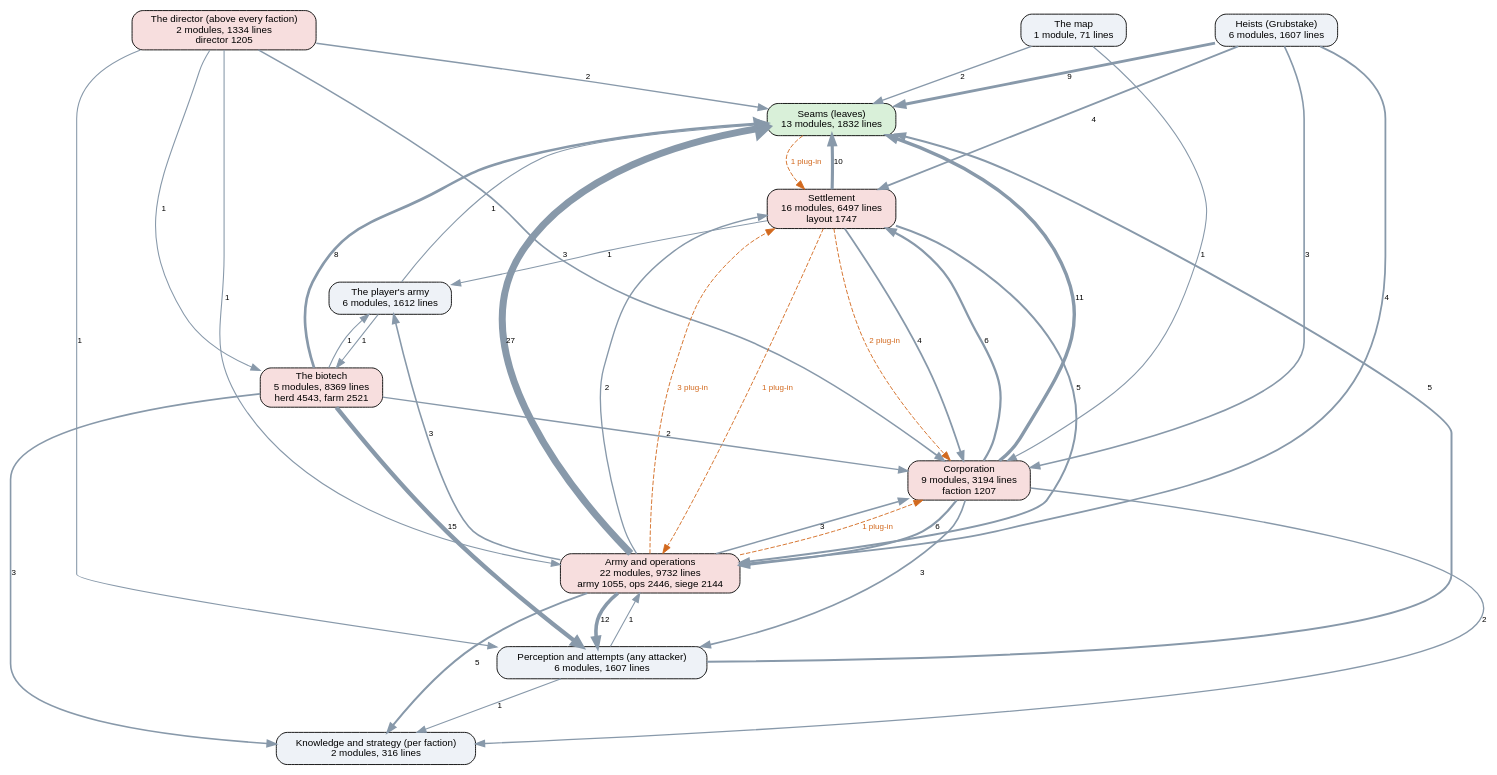
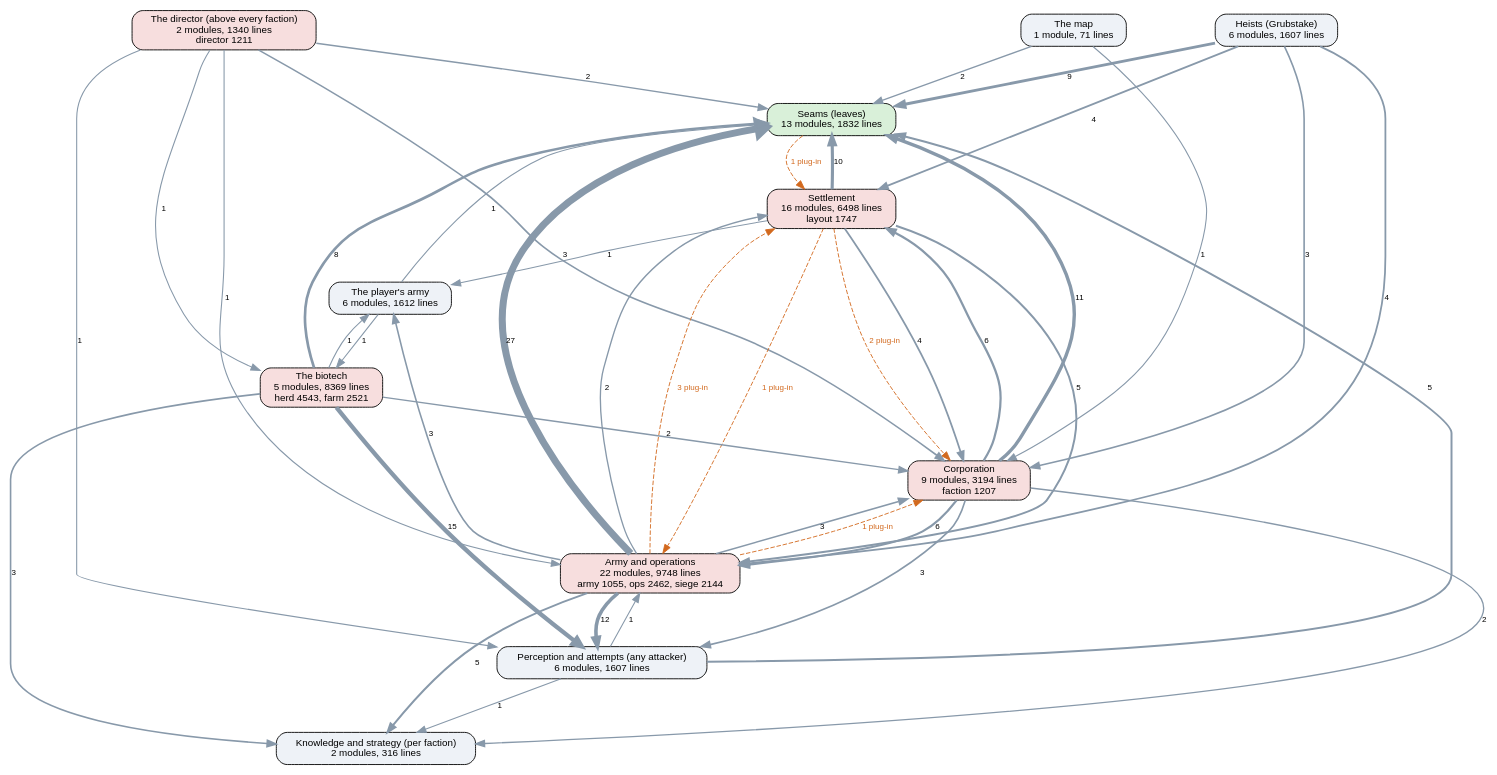
Before and after one commit to kinelhu/landing-party: the diagram in docs/ai-layers.dot, drawn with Graphviz. The commit also changed 12 other files, not shown here.

```diff
--- a/docs/ai-layers.dot
+++ b/docs/ai-layers.dot
@@ -1,57 +1,57 @@
 digraph layers {
   graph [rankdir=TB, fontname="Helvetica", nodesep=0.5, ranksep=0.7];
   node [shape=box, style="rounded,filled", fontname="Helvetica", fontsize=11, fillcolor="#eef2f7"];
   edge [color="#8899aa", fontname="Helvetica", fontsize=9];
   "Seams (leaves)" [label="Seams (leaves)\n13 modules, 1832 lines", fillcolor="#d9f0d9"];
   "Perception and attempts (any attacker)" [label="Perception and attempts (any attacker)\n6 modules, 1607 lines", fillcolor="#eef2f7"];
   "Knowledge and strategy (per faction)" [label="Knowledge and strategy (per faction)\n2 modules, 316 lines", fillcolor="#eef2f7"];
-  "The director (above every faction)" [label="The director (above every faction)\n2 modules, 1334 lines\ndirector 1205", fillcolor="#f7dede"];
+  "The director (above every faction)" [label="The director (above every faction)\n2 modules, 1340 lines\ndirector 1211", fillcolor="#f7dede"];
   "Corporation" [label="Corporation\n9 modules, 3194 lines\nfaction 1207", fillcolor="#f7dede"];
-  "Settlement" [label="Settlement\n16 modules, 6497 lines\nlayout 1747", fillcolor="#f7dede"];
-  "Army and operations" [label="Army and operations\n22 modules, 9732 lines\narmy 1055, ops 2446, siege 2144", fillcolor="#f7dede"];
+  "Settlement" [label="Settlement\n16 modules, 6498 lines\nlayout 1747", fillcolor="#f7dede"];
+  "Army and operations" [label="Army and operations\n22 modules, 9748 lines\narmy 1055, ops 2462, siege 2144", fillcolor="#f7dede"];
   "Heists (Grubstake)" [label="Heists (Grubstake)\n6 modules, 1607 lines", fillcolor="#eef2f7"];
   "The biotech" [label="The biotech\n5 modules, 8369 lines\nherd 4543, farm 2521", fillcolor="#f7dede"];
   "The map" [label="The map\n1 module, 71 lines", fillcolor="#eef2f7"];
   "The player's army" [label="The player's army\n6 modules, 1612 lines", fillcolor="#eef2f7"];
   "Army and operations" -> "Corporation" [label="3", penwidth=1.8];
   "Army and operations" -> "Knowledge and strategy (per faction)" [label="5", penwidth=2.2];
   "Army and operations" -> "Perception and attempts (any attacker)" [label="12", penwidth=4.0];
   "Army and operations" -> "Seams (leaves)" [label="27", penwidth=7.8];
   "Army and operations" -> "Settlement" [label="2", penwidth=1.5];
   "Army and operations" -> "The player's army" [label="3", penwidth=1.8];
   "Corporation" -> "Army and operations" [label="6", penwidth=2.5];
   "Corporation" -> "Knowledge and strategy (per faction)" [label="2", penwidth=1.5];
   "Corporation" -> "Perception and attempts (any attacker)" [label="3", penwidth=1.8];
   "Corporation" -> "Seams (leaves)" [label="11", penwidth=3.8];
   "Corporation" -> "Settlement" [label="6", penwidth=2.5];
   "Heists (Grubstake)" -> "Army and operations" [label="4", penwidth=2.0];
   "Heists (Grubstake)" -> "Corporation" [label="3", penwidth=1.8];
   "Heists (Grubstake)" -> "Seams (leaves)" [label="9", penwidth=3.2];
   "Heists (Grubstake)" -> "Settlement" [label="4", penwidth=2.0];
   "Perception and attempts (any attacker)" -> "Army and operations" [label="1", penwidth=1.2];
   "Perception and attempts (any attacker)" -> "Knowledge and strategy (per faction)" [label="1", penwidth=1.2];
   "Perception and attempts (any attacker)" -> "Seams (leaves)" [label="5", penwidth=2.2];
   "Settlement" -> "Army and operations" [label="5", penwidth=2.2];
   "Settlement" -> "Corporation" [label="4", penwidth=2.0];
   "Settlement" -> "Seams (leaves)" [label="10", penwidth=3.5];
   "Settlement" -> "The player's army" [label="1", penwidth=1.2];
   "The biotech" -> "Corporation" [label="2", penwidth=1.5];
   "The biotech" -> "Knowledge and strategy (per faction)" [label="3", penwidth=1.8];
   "The biotech" -> "Perception and attempts (any attacker)" [label="15", penwidth=4.8];
   "The biotech" -> "Seams (leaves)" [label="8", penwidth=3.0];
   "The biotech" -> "The player's army" [label="1", penwidth=1.2];
   "The director (above every faction)" -> "Army and operations" [label="1", penwidth=1.2];
   "The director (above every faction)" -> "Corporation" [label="3", penwidth=1.8];
   "The director (above every faction)" -> "Perception and attempts (any attacker)" [label="1", penwidth=1.2];
   "The director (above every faction)" -> "Seams (leaves)" [label="2", penwidth=1.5];
   "The director (above every faction)" -> "The biotech" [label="1", penwidth=1.2];
   "The map" -> "Corporation" [label="1", penwidth=1.2];
   "The map" -> "Seams (leaves)" [label="2", penwidth=1.5];
   "The player's army" -> "Seams (leaves)" [label="1", penwidth=1.2];
   "The player's army" -> "The biotech" [label="1", penwidth=1.2];
   "Army and operations" -> "Corporation" [style=dashed, color="#d2691e", fontcolor="#d2691e", label="1 plug-in"];
   "Army and operations" -> "Settlement" [style=dashed, color="#d2691e", fontcolor="#d2691e", label="3 plug-in"];
   "Seams (leaves)" -> "Settlement" [style=dashed, color="#d2691e", fontcolor="#d2691e", label="1 plug-in"];
   "Settlement" -> "Army and operations" [style=dashed, color="#d2691e", fontcolor="#d2691e", label="1 plug-in"];
   "Settlement" -> "Corporation" [style=dashed, color="#d2691e", fontcolor="#d2691e", label="2 plug-in"];
 }
```
